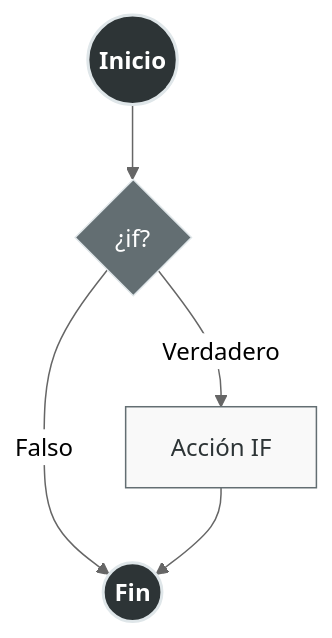
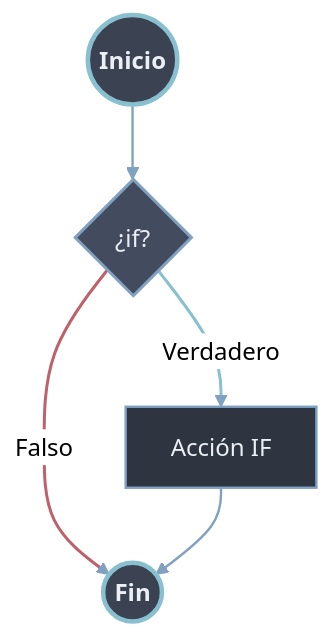
The first of 4 diagrams in 100 Programación Orientada a Procesos/20 Estructuras de Control/01 Condicionales.md (Pineapple-Mikael-Engineer/Python_Obsidian), drawn with Mermaid (neutral theme) before and after one commit. The commit also changed other lines of this file and 9 other files, not shown here.

Commit message:
fix: Arreglar Graficos Mermaid a Estandar

````diff
--- a/100 Programación Orientada a Procesos/20 Estructuras de Control/01 Condicionales.md
+++ b/100 Programación Orientada a Procesos/20 Estructuras de Control/01 Condicionales.md
@@ -23,16 +23,21 @@
 ```mermaid
 flowchart TD
-    classDef principal fill:#2d3436,stroke:#dfe6e9,stroke-width:2px,color:#fff,font-weight:bold;
-    classDef condicion fill:#636e72,stroke:#dfe6e9,stroke-width:1px,color:#fff;
-    classDef accion fill:#f9f9f9,stroke:#636e72,stroke-width:1px,color:#2d3436;
-    classDef especial fill:#fab1a0,stroke:#e17055,stroke-width:1px,color:#2d3436;
+    classDef principal fill:#3b4252,stroke:#88c0d0,stroke-width:3px,color:#eceff4,font-weight:bold;
+    classDef condicion fill:#434c5e,stroke:#81a1c1,stroke-width:2px,color:#eceff4;
+    classDef accion fill:#2e3440,stroke:#81a1c1,stroke-width:1.6px,color:#eceff4;
+    classDef especial fill:#bf616a,stroke:#d08770,stroke-width:2px,color:#eceff4;
 
     Start((Inicio)):::principal --> Cond{¿if?}:::condicion
     
     Cond -- Verdadero --> B1
     Cond -- Falso --> End((Fin)):::principal
 
-	B1["Acción IF"]:::accion
+    B1["Acción IF"]:::accion
 
     B1 --> End
+
+    linkStyle default stroke:#81a1c1,stroke-width:1.6px
+    linkStyle 1 stroke:#88c0d0,stroke-width:2px
+    linkStyle 2 stroke:#bf616a,stroke-width:2px
+
 ```
````
